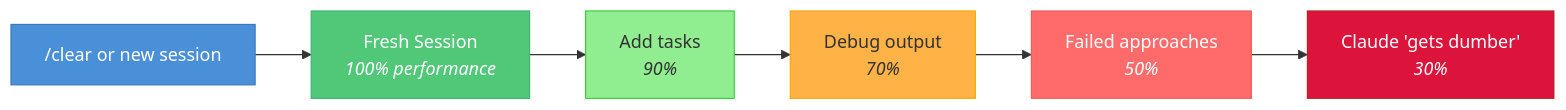
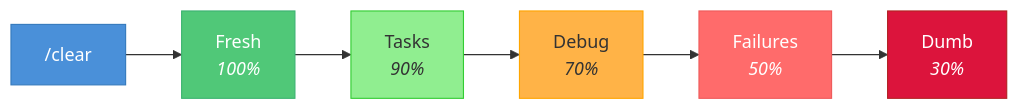
One commit to ao92265/claude-code-playbook changed the fifth of 10 diagrams in README.md. Above: the diagram before and after it, drawn with Mermaid. The commit also changed other lines of this file and 16 other files, not shown here.

````diff
--- a/README.md
+++ b/README.md
@@ -347,16 +443,16 @@
 ```mermaid
 graph LR
-    A["Fresh Session<br/><em>100% performance</em>"] --> B["Add tasks<br/><em>90%</em>"]
-    B --> C["Debug output<br/><em>70%</em>"]
-    C --> D["Failed approaches<br/><em>50%</em>"]
-    D --> E["Claude 'gets dumber'<br/><em>30%</em>"]
+    A["Fresh<br/><em>100%</em>"] --> B["Tasks<br/><em>90%</em>"]
+    B --> C["Debug<br/><em>70%</em>"]
+    C --> D["Failures<br/><em>50%</em>"]
+    D --> E["Dumb<br/><em>30%</em>"]
 
-    F["/clear or new session"] --> A
+    F["/clear"] --> A
 
     style A fill:#50C878,stroke:#3CB371,color:#fff
     style B fill:#90EE90,stroke:#32CD32,color:#333
     style C fill:#FFB347,stroke:#FFA500,color:#333
     style D fill:#FF6B6B,stroke:#EE5A5A,color:#fff
     style E fill:#DC143C,stroke:#B22222,color:#fff
     style F fill:#4A90D9,stroke:#357ABD,color:#fff
 ```
````
